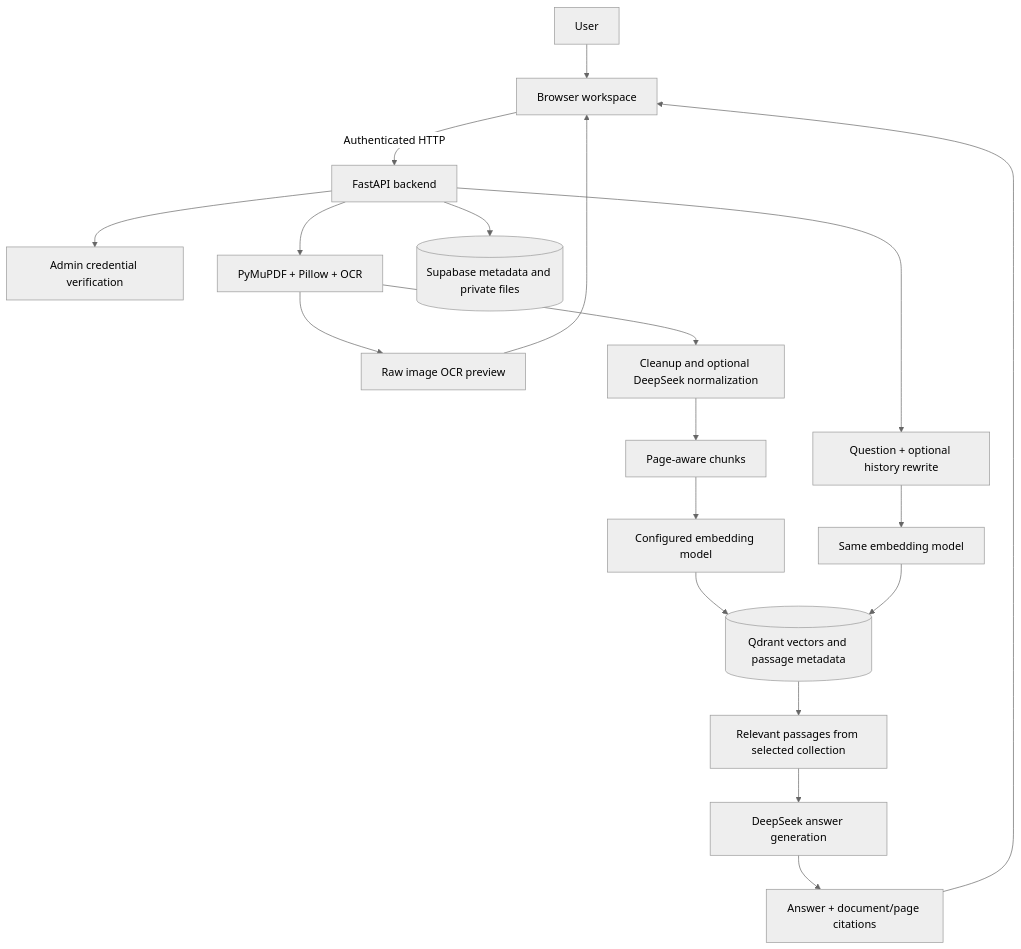
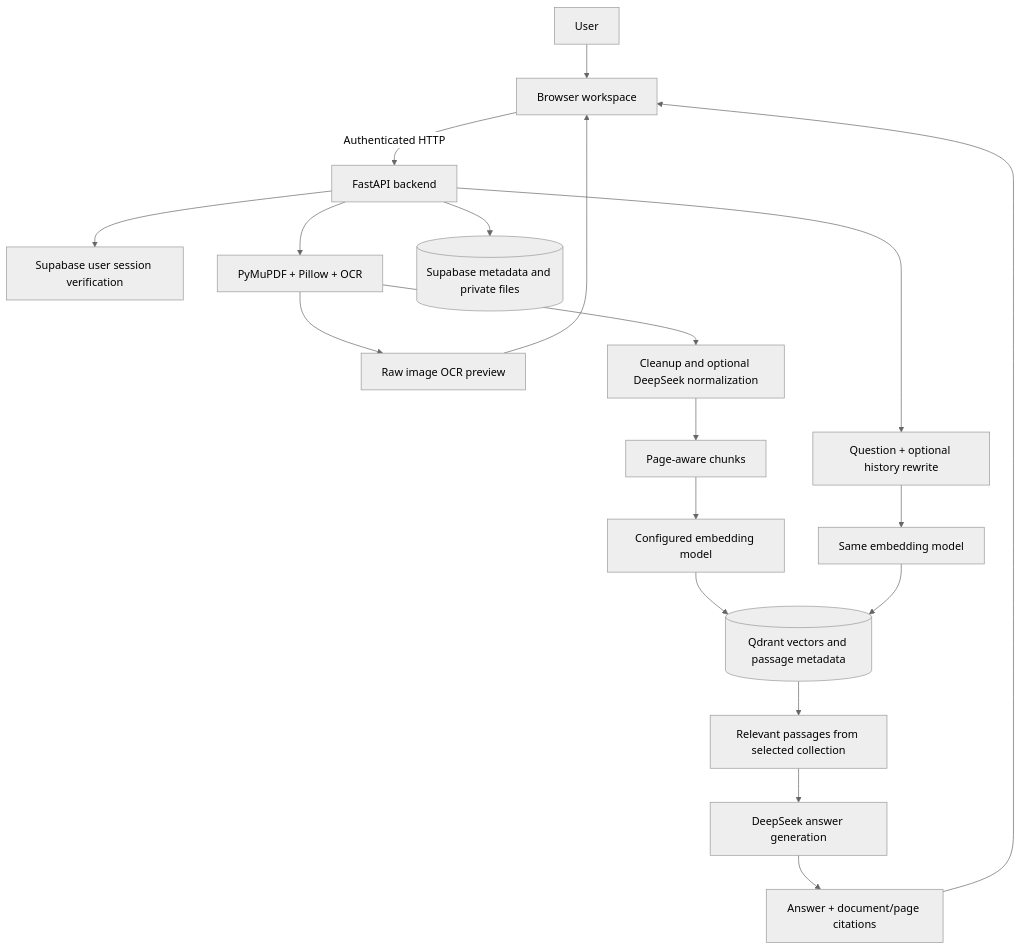
Before and after one commit to Tasneem-Ibrahim/Query-Assistant-Backend: the first of 2 diagrams in README.md, drawn with Mermaid (neutral theme). The commit also changed other lines of this file and 17 other files, not shown here.

Commit message:
Add Supabase user authentication and preserve admin sessions

````diff
--- a/README.md
+++ b/README.md
@@ -50,21 +50,21 @@
 ```mermaid
 flowchart TB
     User[User] --> UI[Browser workspace]
     UI -->|Authenticated HTTP| API[FastAPI backend]
-    API --> Auth[Admin credential verification]
+    API --> Auth[Supabase user session verification]
     API --> Extract[PyMuPDF + Pillow + OCR]
     Extract --> Raw[Raw image OCR preview]
     Extract --> Clean[Cleanup and optional DeepSeek normalization]
     Clean --> Chunk[Page-aware chunks]
     Chunk --> Embed[Configured embedding model]
     Embed --> Qdrant[(Qdrant vectors and passage metadata)]
     API --> Supabase[(Supabase metadata and private files)]
     API --> Query[Question + optional history rewrite]
     Query --> QueryEmbed[Same embedding model]
     QueryEmbed --> Qdrant
     Qdrant --> Context[Relevant passages from selected collection]
     Context --> DeepSeek[DeepSeek answer generation]
     DeepSeek --> Result[Answer + document/page citations]
     Result --> UI
     Raw --> UI
 ```
````
